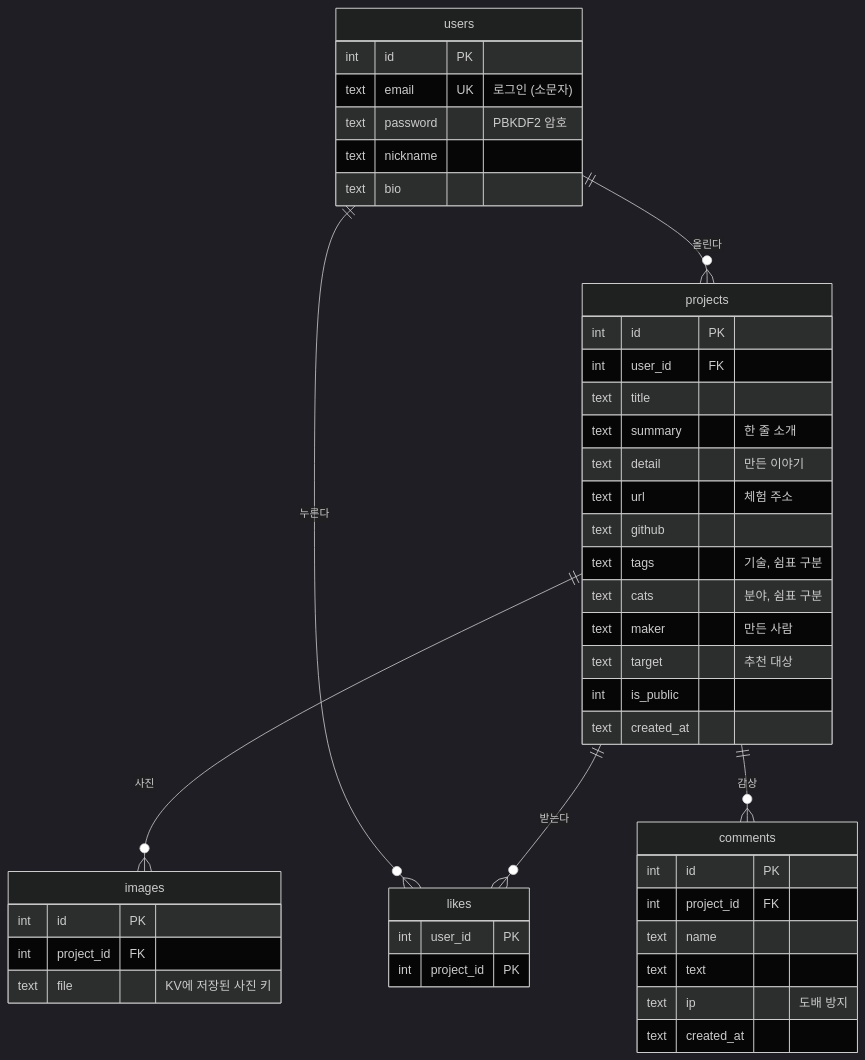
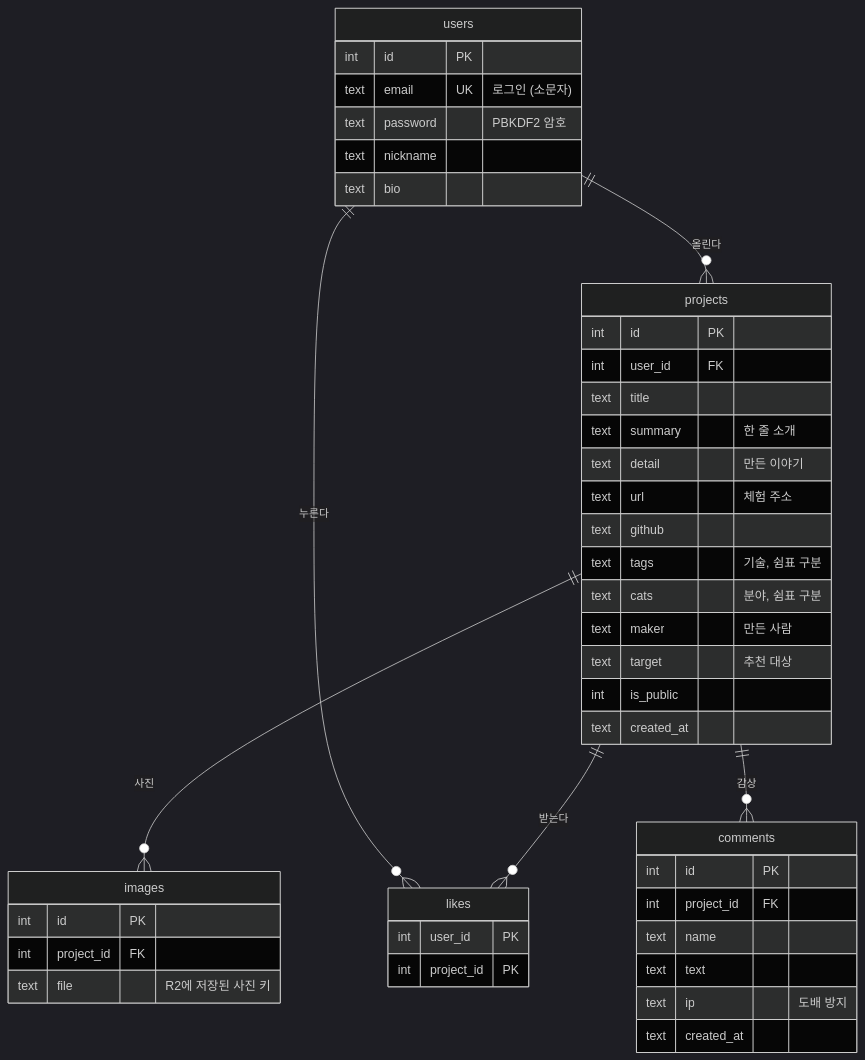
The seventh of 8 diagrams in docs/WORKFLOW.md (10x4hs/p-art), drawn with Mermaid (dark theme) before and after one commit. The commit also changed other lines of this file and 30 other files, not shown here.

````diff
--- a/docs/WORKFLOW.md
+++ b/docs/WORKFLOW.md
@@ -180,48 +180,48 @@
 ```mermaid
 erDiagram
   users ||--o{ projects : "올린다"
   users ||--o{ likes : "누른다"
   projects ||--o{ images : "사진"
   projects ||--o{ likes : "받는다"
   projects ||--o{ comments : "감상"
 
   users {
     int id PK
     text email UK "로그인 (소문자)"
     text password "PBKDF2 암호"
     text nickname
     text bio
   }
   projects {
     int id PK
     int user_id FK
     text title
     text summary "한 줄 소개"
     text detail "만든 이야기"
     text url "체험 주소"
     text github
     text tags "기술, 쉼표 구분"
     text cats "분야, 쉼표 구분"
     text maker "만든 사람"
     text target "추천 대상"
     int is_public
     text created_at
   }
   images {
     int id PK
     int project_id FK
-    text file "KV에 저장된 사진 키"
+    text file "R2에 저장된 사진 키"
   }
   likes {
     int user_id PK
     int project_id PK
   }
   comments {
     int id PK
     int project_id FK
     text name
     text text
     text ip "도배 방지"
     text created_at
   }
 ```
````
